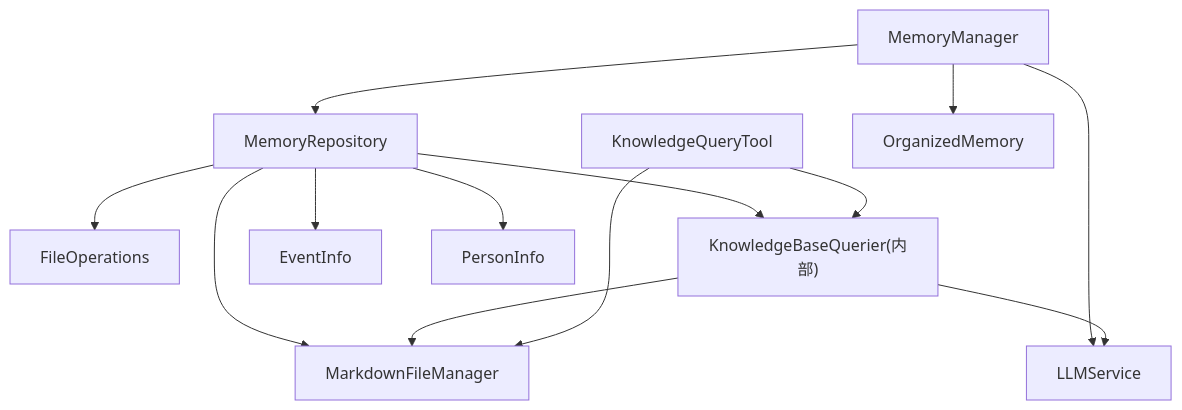
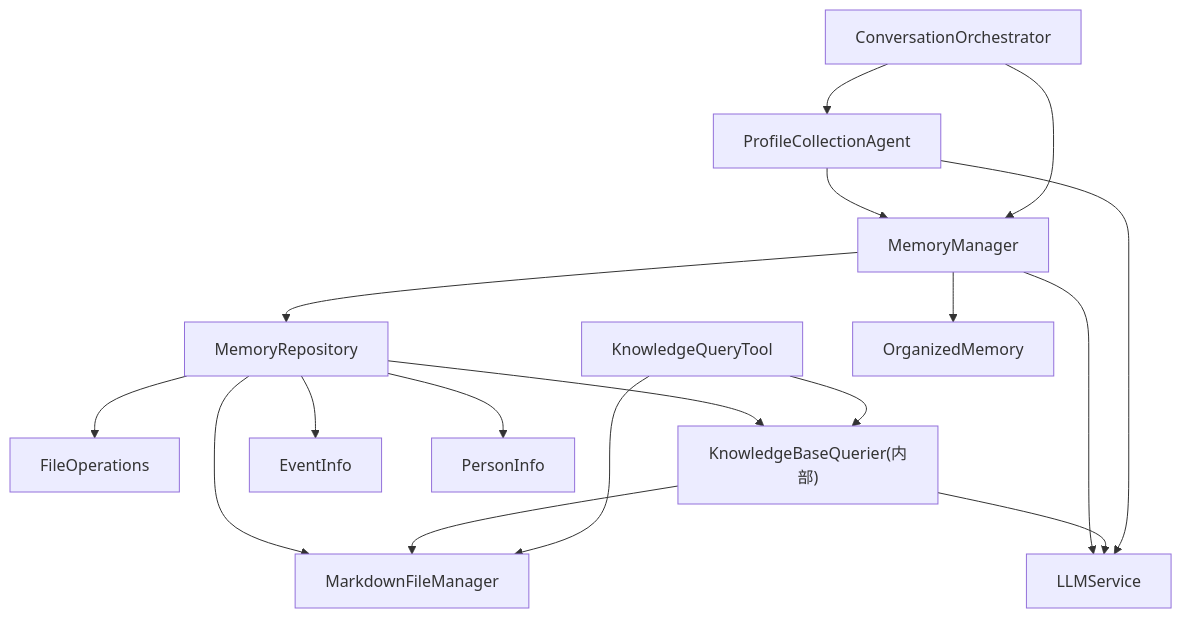
The seventh of 7 diagrams in .qoder/repowiki/zh/content/记忆管理系统/记忆管理系统.md (WangYiKai1017/zizuan), drawn with Mermaid before and after one commit. The commit also changed other lines of this file and 7 other files, not shown here.

````diff
--- a/.qoder/repowiki/zh/content/记忆管理系统/记忆管理系统.md
+++ b/.qoder/repowiki/zh/content/记忆管理系统/记忆管理系统.md
@@ -364,15 +401,19 @@
 ```mermaid
 graph TB
 MM["MemoryManager"] --> MR["MemoryRepository"]
 MM --> LLM["LLMService"]
 MR --> MFM["MarkdownFileManager"]
 MR --> FO["FileOperations"]
 MR --> KBQ["KnowledgeBaseQuerier(内部)"]
 KBQ --> LLM
 KBQ --> MFM
 KQT["KnowledgeQueryTool"] --> KBQ
 KQT --> MFM
 MR --> EM["EventInfo"]
 MR --> PM["PersonInfo"]
 MM --> OM["OrganizedMemory"]
+PCA["ProfileCollectionAgent"] --> LLM
+PCA --> MM
+CO["ConversationOrchestrator"] --> PCA
+CO --> MM
 ```
````
